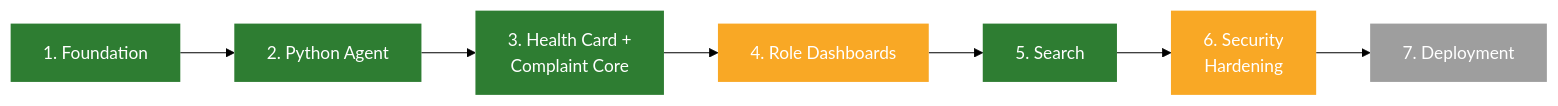
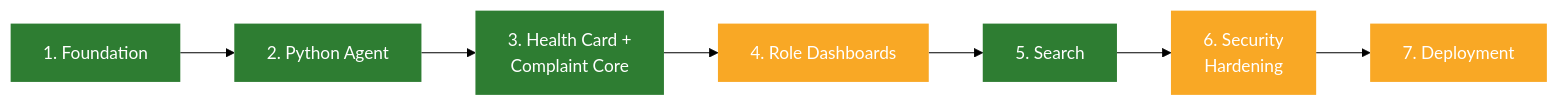
One commit to Codewith-soham/LabMon changed the diagram in backend/docs/phases.md. Above: the diagram before and after it, drawn with Mermaid (forest theme). The commit also changed other lines of this file and 9 other files, not shown here.

````diff
--- a/backend/docs/phases.md
+++ b/backend/docs/phases.md
@@ -6,8 +6,8 @@
 ```mermaid
 flowchart LR
-    P1["1. Foundation"]:::done --> P2["2. Python Agent"]:::done --> P3["3. Health Card +\nComplaint Core"]:::done --> P4["4. Role Dashboards"]:::partial --> P5["5. Search"]:::done --> P6["6. Security\nHardening"]:::partial --> P7["7. Deployment"]:::todo
+    P1["1. Foundation"]:::done --> P2["2. Python Agent"]:::done --> P3["3. Health Card +\nComplaint Core"]:::done --> P4["4. Role Dashboards"]:::partial --> P5["5. Search"]:::done --> P6["6. Security\nHardening"]:::partial --> P7["7. Deployment"]:::partial
 
     classDef done fill:#2e7d32,color:#fff,stroke:none
     classDef todo fill:#9e9e9e,color:#fff,stroke:none
     classDef partial fill:#f9a825,color:#fff,stroke:none
 ```
````
